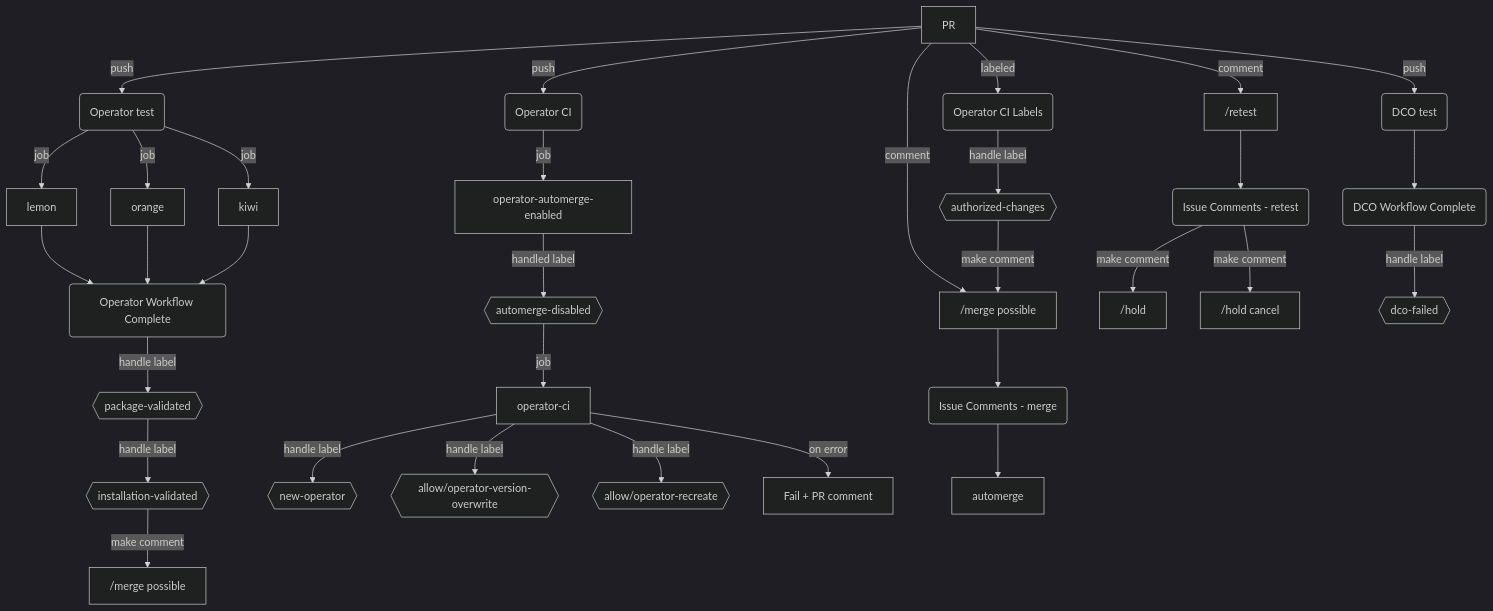
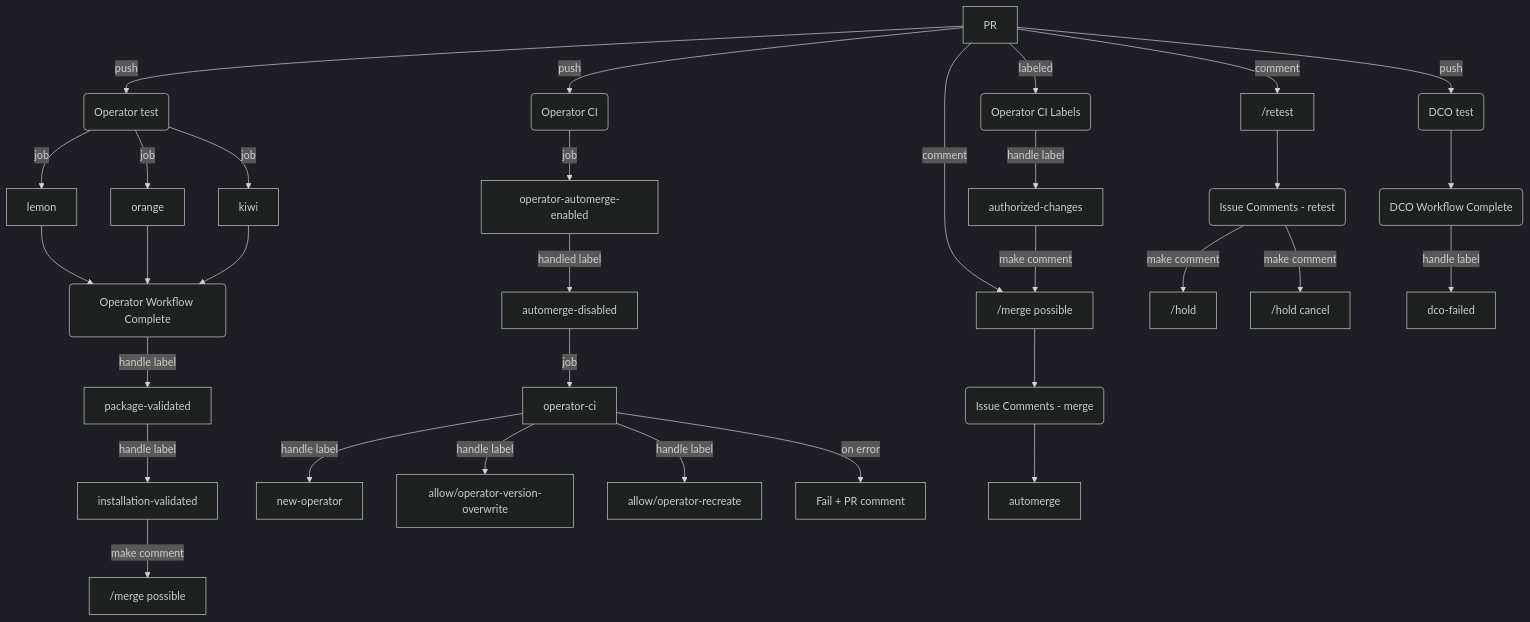
The first of 3 diagrams in docs/framework/overview.md (redhat-openshift-ecosystem/community-operators-pipeline), drawn with Mermaid (dark theme) before and after one commit. The commit also changed other lines of this file, not shown here.

Commit message:
Fix compilation error

````diff
--- a/docs/framework/overview.md
+++ b/docs/framework/overview.md
@@ -62,35 +62,35 @@
 ```mermaid
 flowchart TD
     A0[PR]
     A0 --> |push| B0(Operator test)
     A0 --> |push| C0(Operator CI)
     A0 --> |labeled| D0(Operator CI Labels)
     A0 --> |push| E0(DCO test)
     A0 --> |comment| F0[&#47retest]
     A0 --> |comment| G0[&#47merge possible]
     B0 --> |job|B10[lemon]
     B0 --> |job|B11[orange]
     B0 --> |job|B12[kiwi]
     E0 --> E1(DCO Workflow Complete)
     F0 --> F1(Issue Comments - retest)
     G0 --> G1(Issue Comments - merge)
     B10 --> B2(Operator Workflow Complete)
     B11 --> B2
     B12 --> B2
-    B2 --> |handle label|B3{{package-validated}}
-    B3 --> |handle label|B4{{installation-validated}}
-    B4 --> |make comment|B5[&#47merge possible]
+    B2 --> |handle label| B3[package-validated]
+    B3 --> |handle label| B4[installation-validated]
+    B4 --> |make comment| B5[&#47merge possible]
     C0 --> |job|C1[operator-automerge-enabled]
-    C1 --> |handled label|C2{{automerge-disabled}}
+    C1 --> |handled label|C2[automerge-disabled]
     C2 --> |job|C20[operator-ci]
-    C20 --> |handle label|C21{{new-operator}}
-    C20 --> |handle label|C22{{allow/operator-version-overwrite}}
-    C20 --> |handle label|C23{{allow/operator-recreate}}
+    C20 --> |handle label|C21[new-operator]
+    C20 --> |handle label|C22[allow/operator-version-overwrite]
+    C20 --> |handle label|C23[allow/operator-recreate]
     C20 --> |on error|C24[Fail + PR comment]
-    D0 --> |handle label|D1{{authorized-changes}}
+    D0 --> |handle label|D1[authorized-changes]
     D1 --> |make comment|G0
     G1 --> G2[automerge]
     F1 --> |make comment|F20[&#47hold]
     F1 --> |make comment|F21[&#47hold cancel]
-    E1 --> |handle label|E2{{dco-failed}}
+    E1 --> |handle label|E2[dco-failed]
 ```
````
